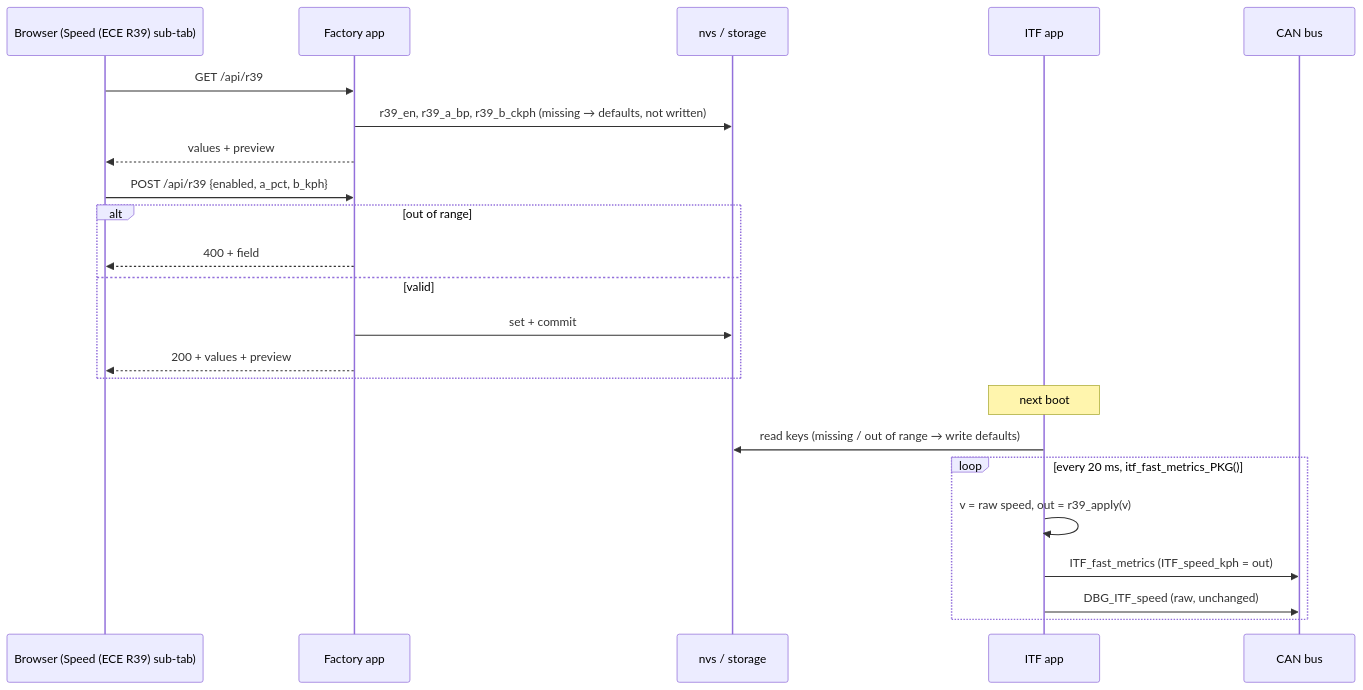
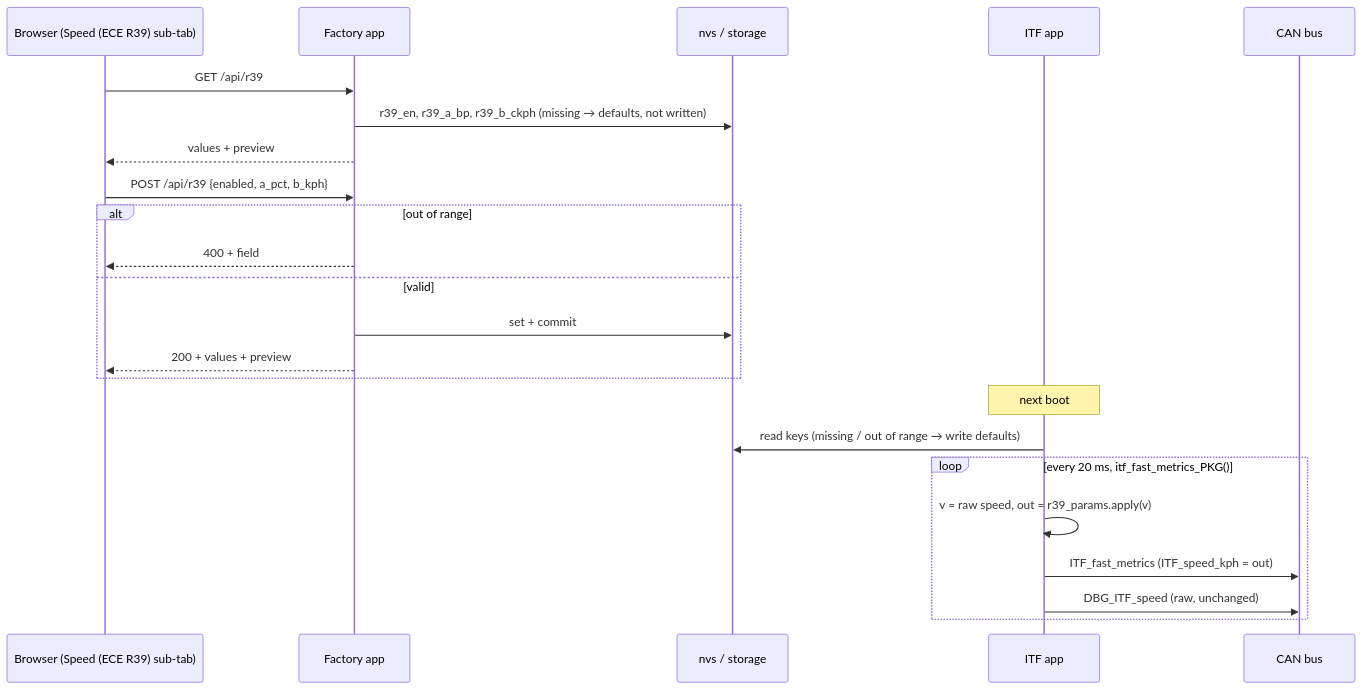
Before and after one commit to martinroger/vx-binocle-espidf: the first of 2 diagrams in docs/ECE_R39_COMPLIANCE_PLAN.md, drawn with Mermaid. The commit also changed other lines of this file, not shown here.

````diff
--- a/docs/ECE_R39_COMPLIANCE_PLAN.md
+++ b/docs/ECE_R39_COMPLIANCE_PLAN.md
@@ -162,26 +173,26 @@
 ```mermaid
 sequenceDiagram
     participant UI as Browser (Speed (ECE R39) sub-tab)
     participant FA as Factory app
     participant NVS as nvs / storage
     participant ITF as ITF app
     participant CAN as CAN bus
 
     UI->>FA: GET /api/r39
     FA->>NVS: r39_en, r39_a_bp, r39_b_ckph (missing → defaults, not written)
     FA-->>UI: values + preview
     UI->>FA: POST /api/r39 {enabled, a_pct, b_kph}
     alt out of range
         FA-->>UI: 400 + field
     else valid
         FA->>NVS: set + commit
         FA-->>UI: 200 + values + preview
     end
     Note over ITF: next boot
     ITF->>NVS: read keys (missing / out of range → write defaults)
     loop every 20 ms, itf_fast_metrics_PKG()
-        ITF->>ITF: v = raw speed, out = r39_apply(v)
+        ITF->>ITF: v = raw speed, out = r39_params.apply(v)
         ITF->>CAN: ITF_fast_metrics (ITF_speed_kph = out)
         ITF->>CAN: DBG_ITF_speed (raw, unchanged)
     end
 ```
````
